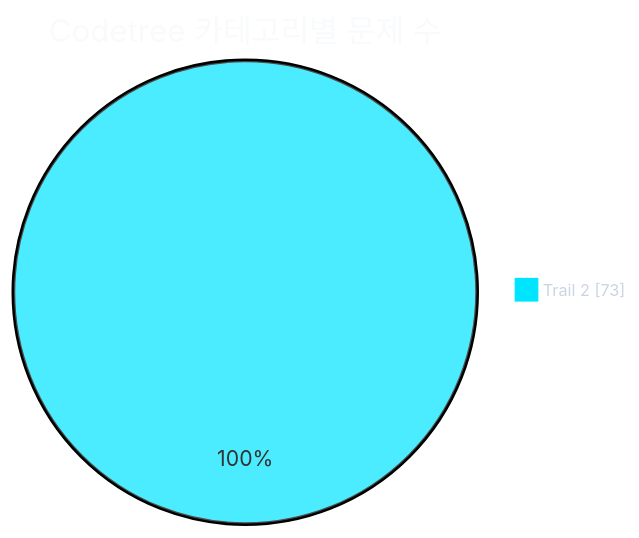
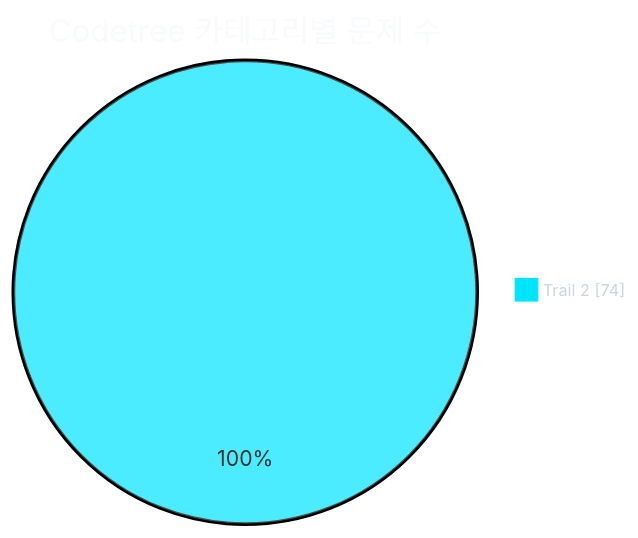
Before and after one commit to CHOOSLA/Algorithm: the first of 2 diagrams in readme.md, drawn with Mermaid. The commit also changed other lines of this file and 2 other files, not shown here.

````diff
--- a/readme.md
+++ b/readme.md
@@ -31,21 +31,21 @@
 ```mermaid
 ---
 config:
   theme: base
   themeVariables:
     background: '#0d1117'
     pieTitleTextColor: '#f8fafc'
     pieLegendTextColor: '#cbd5e1'
     pieLegendTextSize: '13px'
     pie1: '#00e5ff'
     pie2: '#22c55e'
     pie3: '#f59e0b'
     pie4: '#a855f7'
     pie5: '#ec4899'
     pie6: '#3b82f6'
     pie7: '#64748b'
 ---
 pie showData
   title Codetree 카테고리별 문제 수
-  "Trail 2" : 73
+  "Trail 2" : 74
 ```
````
